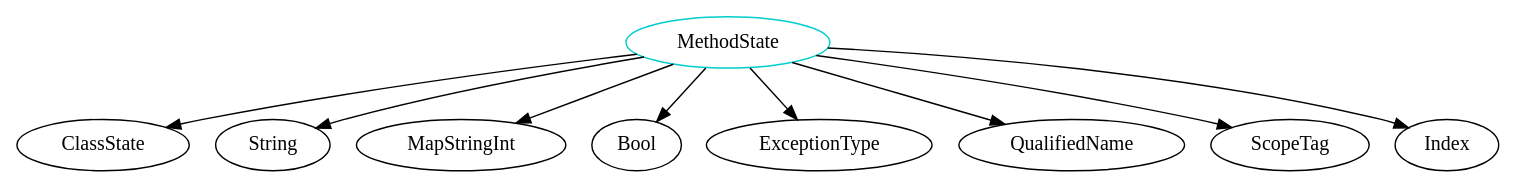
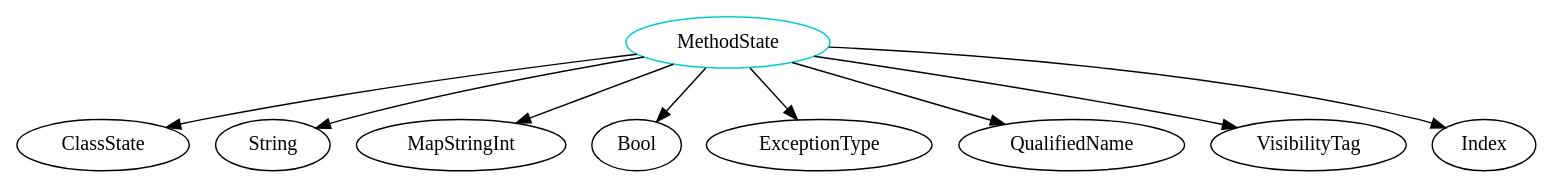
One commit to BilalM04/Drasil changed the diagram in analysis/TypeDependencyGraphs/gool/MethodState.dot. Above: the diagram before and after it, drawn with Graphviz. The commit also changed 1160 other files, not shown here.

```diff
--- a/analysis/TypeDependencyGraphs/gool/MethodState.dot
+++ b/analysis/TypeDependencyGraphs/gool/MethodState.dot
@@ -1,11 +1,11 @@
 digraph methodstate{
 MethodState	[shape=oval, color=cyan3, label="MethodState"];
 MethodState -> ClassState;
 MethodState -> String;
 MethodState -> MapStringInt;
 MethodState -> Bool;
 MethodState -> ExceptionType;
 MethodState -> QualifiedName;
-MethodState -> ScopeTag;
+MethodState -> VisibilityTag;
 MethodState -> Index;
 }
```
